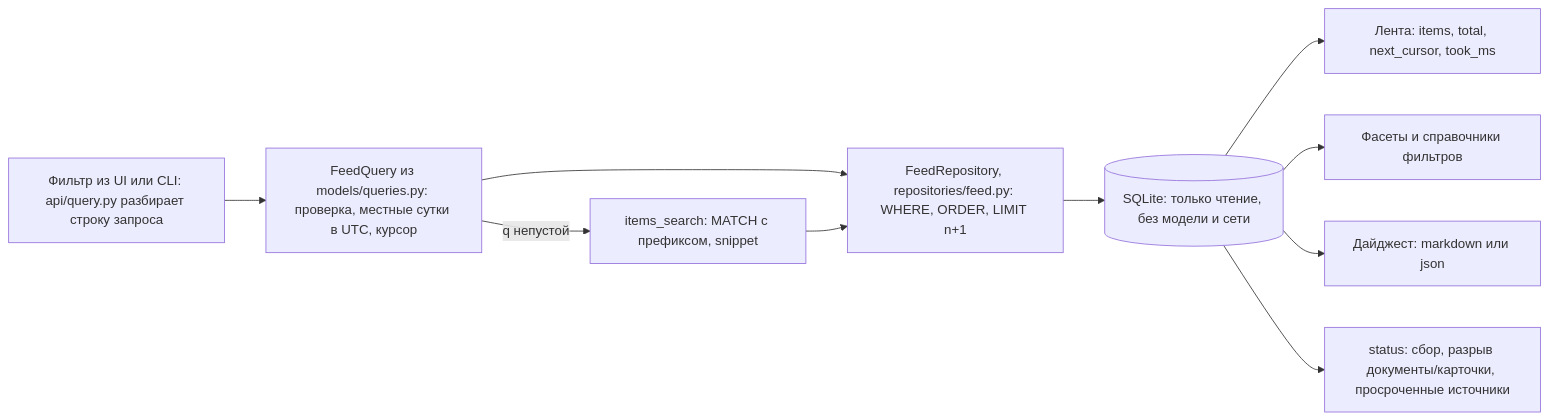
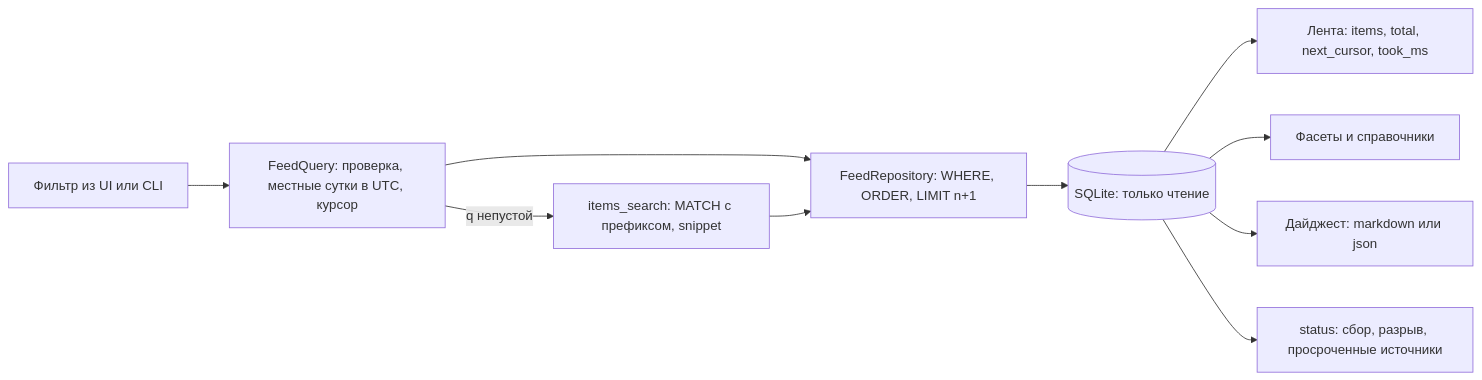
Before and after one commit to youngwow/ai-analytics-hub: the fourth of 4 diagrams in docs/architecture.md, drawn with Mermaid. The commit also changed other lines of this file and 17 other files, not shown here.

````diff
--- a/docs/architecture.md
+++ b/docs/architecture.md
@@ -114,12 +149,12 @@
 ```mermaid
 flowchart LR
-    IN[Фильтр из UI или CLI: api/query.py разбирает строку запроса] --> FQ[FeedQuery из models/queries.py: проверка, местные сутки в UTC, курсор]
-    FQ --> SQ[FeedRepository, repositories/feed.py: WHERE, ORDER, LIMIT n+1]
+    IN[Фильтр из UI или CLI] --> FQ[FeedQuery: проверка, местные сутки в UTC, курсор]
+    FQ --> SQ[FeedRepository: WHERE, ORDER, LIMIT n+1]
     FQ -->|q непустой| FTS[items_search: MATCH с префиксом, snippet]
     FTS --> SQ
-    SQ --> DB[(SQLite: только чтение, без модели и сети)]
+    SQ --> DB[(SQLite: только чтение)]
     DB --> FEED[Лента: items, total, next_cursor, took_ms]
-    DB --> FAC[Фасеты и справочники фильтров]
+    DB --> FAC[Фасеты и справочники]
     DB --> DG[Дайджест: markdown или json]
-    DB --> ST[status: сбор, разрыв документы/карточки, просроченные источники]
+    DB --> ST[status: сбор, разрыв, просроченные источники]
 ```
````
